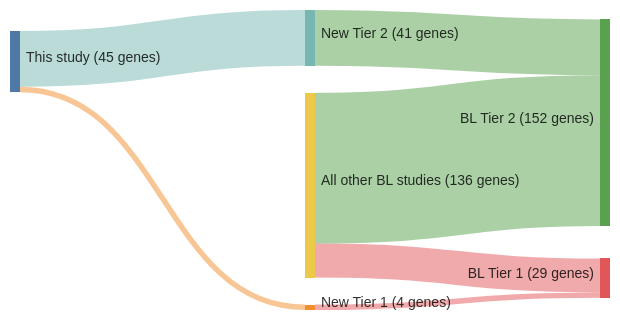
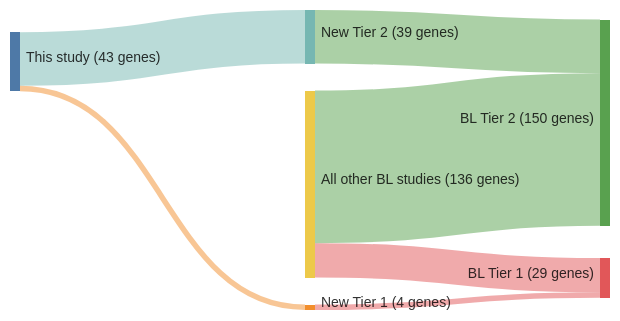
Before and after one commit to morinlab/lymphopedia: the diagram in papers/paneaWholeGenomeLandscape2019.md, drawn with Mermaid. The commit also changed other lines of this file and 8 other files, not shown here.

````diff
--- a/papers/paneaWholeGenomeLandscape2019.md
+++ b/papers/paneaWholeGenomeLandscape2019.md
@@ -12,20 +12,20 @@
 ```mermaid
 ---
 config:
     sankey:
         showValues: true
         linkColor: target
         width: 600
         height: 300
         nodeAlignment: right
         prefix: '('
         suffix: ' genes)'
 ---
 sankey-beta
 This study, New Tier 1, 4
 New Tier 1, BL Tier 1, 4
-This study, New Tier 2, 41
-New Tier 2, BL Tier 2, 41
+This study, New Tier 2, 39
+New Tier 2, BL Tier 2, 39
 All other BL studies, BL Tier 1, 25
 All other BL studies, BL Tier 2, 111
 ```
````
